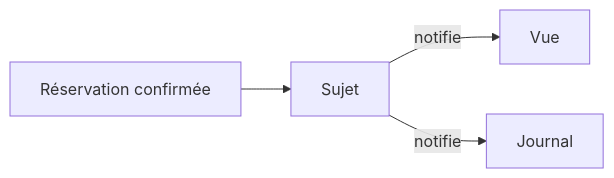
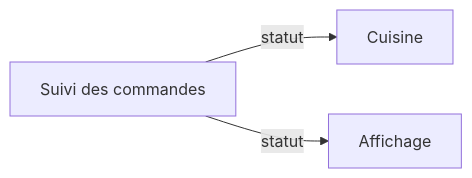
The diagram in src/cours/poo-patterns-frameworks/03-observer.md (theopaolo/dev-carnet), drawn with Mermaid before and after one commit. The commit also changed other lines of this file and 13 other files, not shown here.

````diff
--- a/src/cours/poo-patterns-frameworks/03-observer.md
+++ b/src/cours/poo-patterns-frameworks/03-observer.md
@@ -12,8 +18,7 @@
 ```mermaid
 flowchart LR
-  accTitle: Une réservation prévient ses abonnés
-  accDescr: Un événement de confirmation est transmis à une vue et à un journal par un sujet observable.
-  Reservation[Réservation confirmée] --> Sujet[Sujet]
-  Sujet -->|notifie| Vue[Vue]
-  Sujet -->|notifie| Journal[Journal]
+  accTitle: Un statut de commande intéresse plusieurs abonnés
+  accDescr: Le suivi des commandes notifie la cuisine et l'affichage. Ces abonnés reçoivent le même contrat de changement.
+  Suivi[Suivi des commandes] -->|statut| Cuisine[Cuisine]
+  Suivi -->|statut| Affichage[Affichage]
 ```
````
